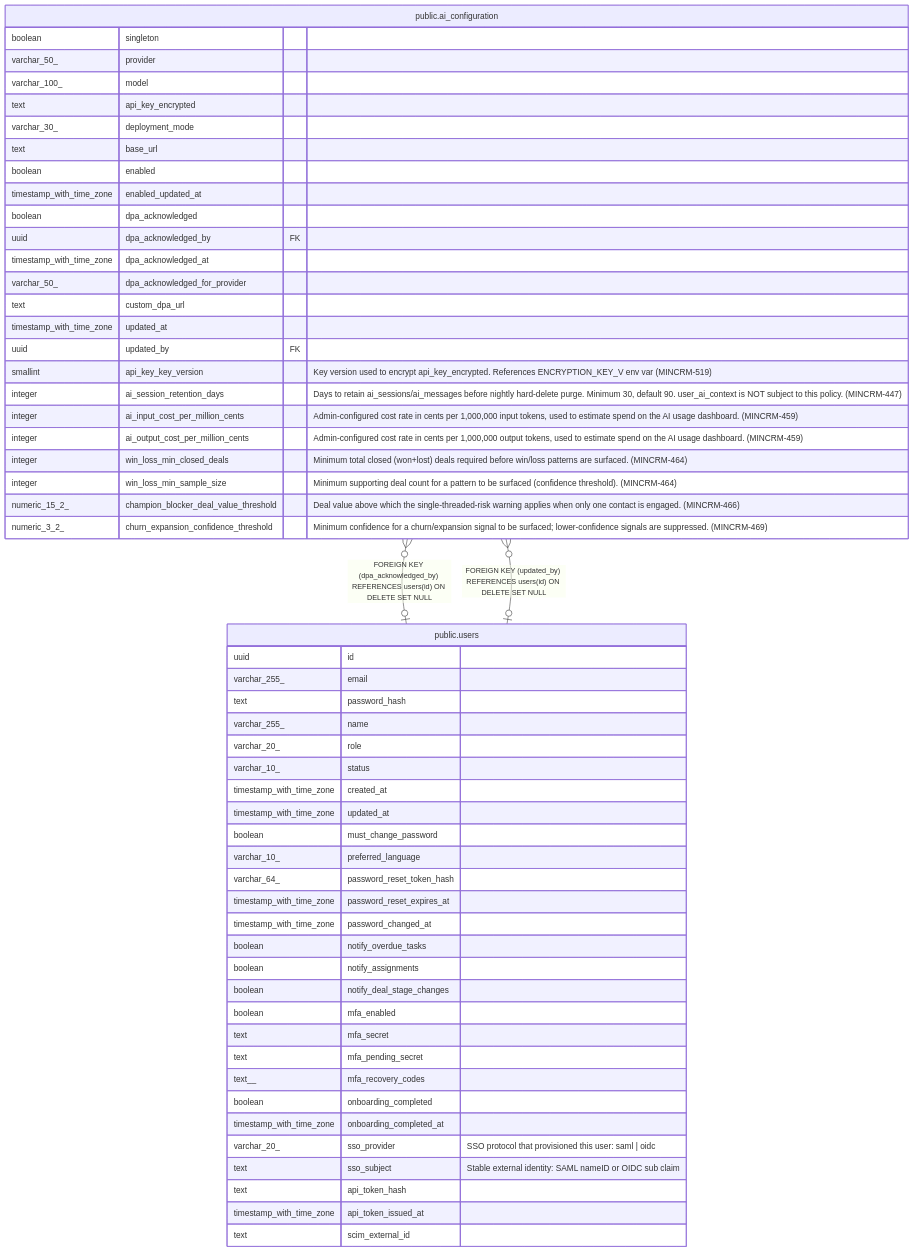
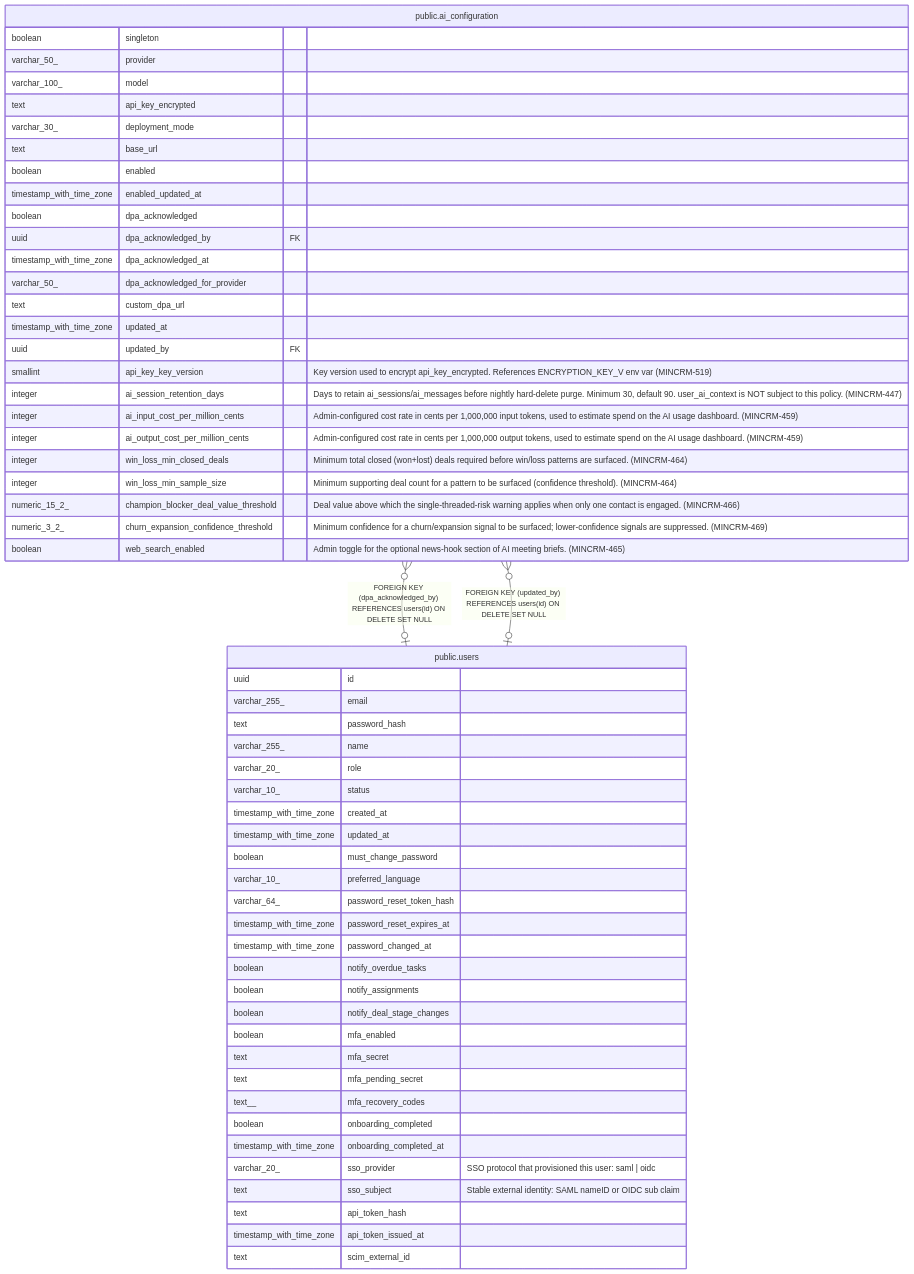
One commit to rkseattle/minicrm changed the diagram in docs/schema/public.ai_configuration.md. Above: the diagram before and after it, drawn with Mermaid. The commit also changed other lines of this file and 12 other files, not shown here.

First line of the commit message:
feat: add migrations and schemas for AI relationship signals (MINCRM-465/468/472)

````diff
--- a/docs/schema/public.ai_configuration.md
+++ b/docs/schema/public.ai_configuration.md
@@ -55,61 +56,62 @@
 ```mermaid
 erDiagram
 
 "public.ai_configuration" }o--o| "public.users" : "FOREIGN KEY (dpa_acknowledged_by) REFERENCES users(id) ON DELETE SET NULL"
 "public.ai_configuration" }o--o| "public.users" : "FOREIGN KEY (updated_by) REFERENCES users(id) ON DELETE SET NULL"
 
 "public.ai_configuration" {
   boolean singleton ""
   varchar_50_ provider ""
   varchar_100_ model ""
   text api_key_encrypted ""
   varchar_30_ deployment_mode ""
   text base_url ""
   boolean enabled ""
   timestamp_with_time_zone enabled_updated_at ""
   boolean dpa_acknowledged ""
   uuid dpa_acknowledged_by FK ""
   timestamp_with_time_zone dpa_acknowledged_at ""
   varchar_50_ dpa_acknowledged_for_provider ""
   text custom_dpa_url ""
   timestamp_with_time_zone updated_at ""
   uuid updated_by FK ""
   smallint api_key_key_version "Key version used to encrypt api_key_encrypted. References ENCRYPTION_KEY_V<n> env var (MINCRM-519)"
   integer ai_session_retention_days "Days to retain ai_sessions/ai_messages before nightly hard-delete purge. Minimum 30, default 90. user_ai_context is NOT subject to this policy. (MINCRM-447)"
   integer ai_input_cost_per_million_cents "Admin-configured cost rate in cents per 1,000,000 input tokens, used to estimate spend on the AI usage dashboard. (MINCRM-459)"
   integer ai_output_cost_per_million_cents "Admin-configured cost rate in cents per 1,000,000 output tokens, used to estimate spend on the AI usage dashboard. (MINCRM-459)"
   integer win_loss_min_closed_deals "Minimum total closed (won+lost) deals required before win/loss patterns are surfaced. (MINCRM-464)"
   integer win_loss_min_sample_size "Minimum supporting deal count for a pattern to be surfaced (confidence threshold). (MINCRM-464)"
   numeric_15_2_ champion_blocker_deal_value_threshold "Deal value above which the single-threaded-risk warning applies when only one contact is engaged. (MINCRM-466)"
   numeric_3_2_ churn_expansion_confidence_threshold "Minimum confidence for a churn/expansion signal to be surfaced; lower-confidence signals are suppressed. (MINCRM-469)"
+  boolean web_search_enabled "Admin toggle for the optional news-hook section of AI meeting briefs. (MINCRM-465)"
 }
 "public.users" {
   uuid id ""
   varchar_255_ email ""
   text password_hash ""
   varchar_255_ name ""
   varchar_20_ role ""
   varchar_10_ status ""
   timestamp_with_time_zone created_at ""
   timestamp_with_time_zone updated_at ""
   boolean must_change_password ""
   varchar_10_ preferred_language ""
   varchar_64_ password_reset_token_hash ""
   timestamp_with_time_zone password_reset_expires_at ""
   timestamp_with_time_zone password_changed_at ""
   boolean notify_overdue_tasks ""
   boolean notify_assignments ""
   boolean notify_deal_stage_changes ""
   boolean mfa_enabled ""
   text mfa_secret ""
   text mfa_pending_secret ""
   text__ mfa_recovery_codes ""
   boolean onboarding_completed ""
   timestamp_with_time_zone onboarding_completed_at ""
   varchar_20_ sso_provider "SSO protocol that provisioned this user: saml | oidc"
   text sso_subject "Stable external identity: SAML nameID or OIDC sub claim"
   text api_token_hash ""
   timestamp_with_time_zone api_token_issued_at ""
   text scim_external_id ""
 }
 ```
````
